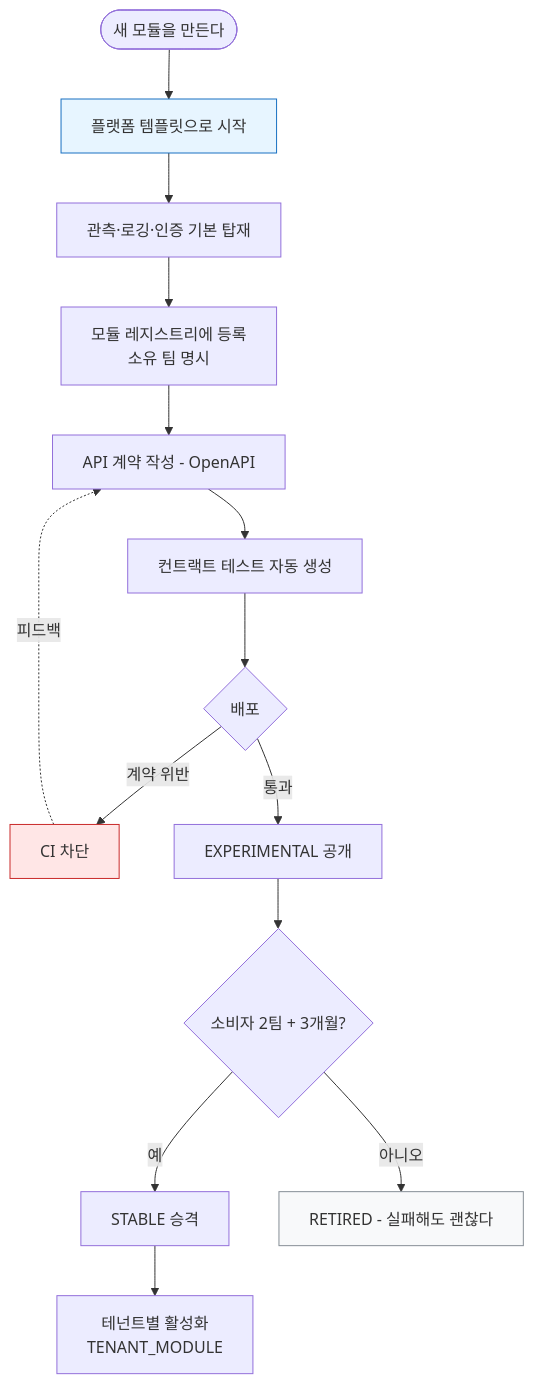
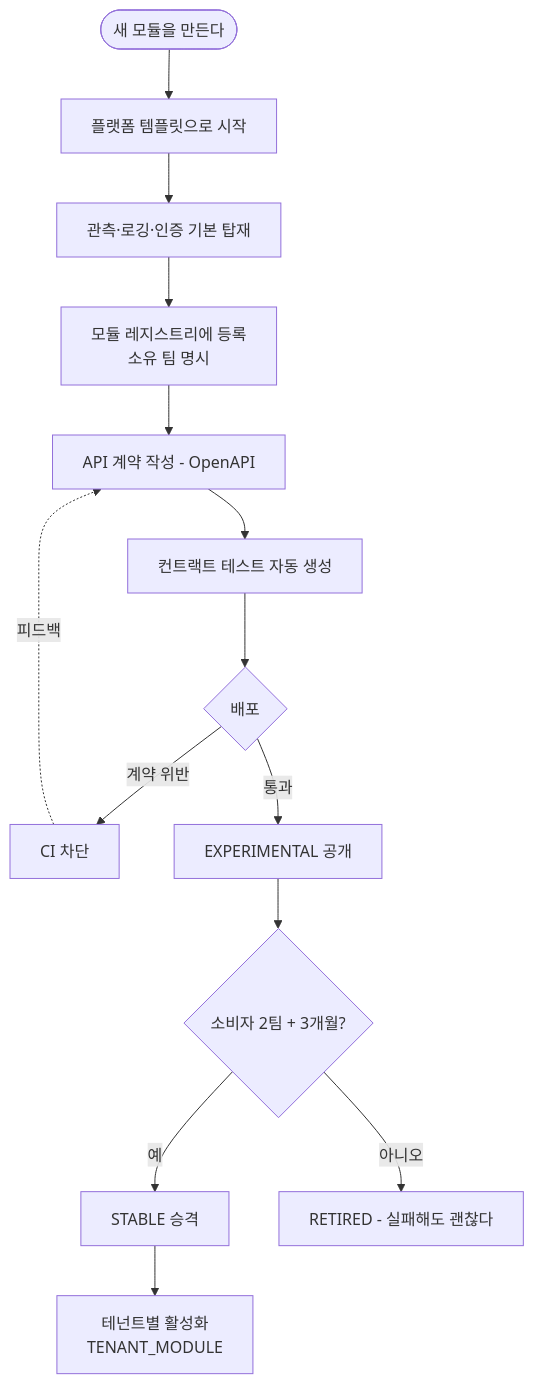
Before and after one commit to withwooyong/withwooyong.github.io: the ninth of 17 diagrams in pages/product-lead-loadmap/04_거버넌스_글로벌.md, drawn with Mermaid. The commit also changed other lines of this file and 16 other files, not shown here.

````diff
--- a/pages/product-lead-loadmap/04_거버넌스_글로벌.md
+++ b/pages/product-lead-loadmap/04_거버넌스_글로벌.md
@@ -700,24 +628,20 @@
 ```mermaid
 flowchart TD
     START(["새 모듈을 만든다"]) --> G1["플랫폼 템플릿으로 시작"]
     G1 --> G2["관측·로깅·인증 기본 탑재"]
     G2 --> G3["모듈 레지스트리에 등록<br/>소유 팀 명시"]
     G3 --> G4["API 계약 작성 - OpenAPI"]
     G4 --> G5["컨트랙트 테스트 자동 생성"]
 
     G5 --> D1{"배포"}
     D1 -->|"계약 위반"| X1["CI 차단"]
     D1 -->|"통과"| D2["EXPERIMENTAL 공개"]
 
     D2 --> D3{"소비자 2팀 + 3개월?"}
     D3 -->|"예"| D4["STABLE 승격"]
     D3 -->|"아니오"| D5["RETIRED - 실패해도 괜찮다"]
 
     D4 --> D6["테넌트별 활성화<br/>TENANT_MODULE"]
 
     X1 -.피드백.-> G4
-
-    style G1 fill:#e7f5ff,stroke:#1971c2
-    style X1 fill:#ffe6e6,stroke:#c92a2a
-    style D5 fill:#f8f9fa,stroke:#868e96
 ```
````
